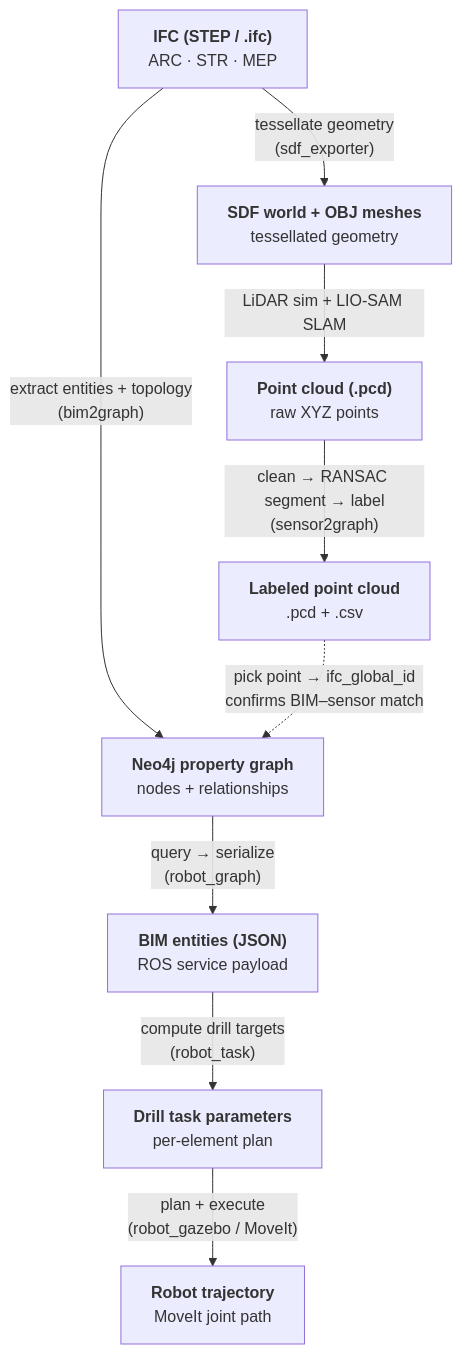
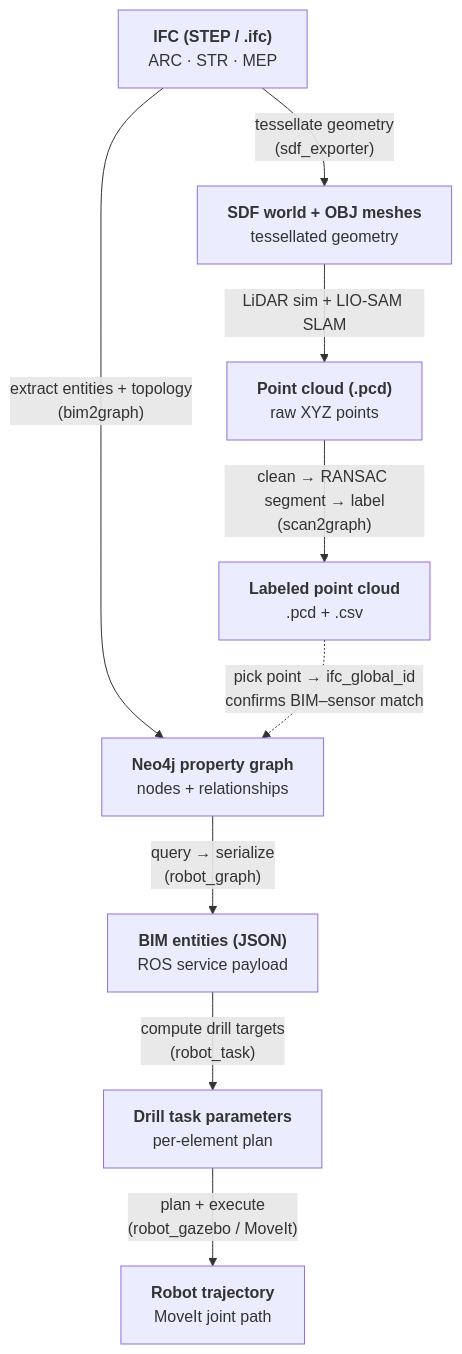
Before and after one commit to GunwoongBang/bim3dscenegraph: the diagram in docs/data-transformation.md, drawn with Mermaid. The commit also changed other lines of this file and 19 other files, not shown here.

Commit message:
sensor2graph to scan2graph

````diff
--- a/docs/data-transformation.md
+++ b/docs/data-transformation.md
@@ -8,28 +8,28 @@
 ```mermaid
 flowchart TB
     IFC["<b>IFC (STEP / .ifc)</b><br/>ARC · STR · MEP"]
 
     GRAPH["<b>Neo4j property graph</b><br/>nodes + relationships"]
 
     SDF["<b>SDF world + OBJ meshes</b><br/>tessellated geometry"]
 
     PCD["<b>Point cloud (.pcd)</b><br/>raw XYZ points"]
 
     LPCD["<b>Labeled point cloud</b><br/>.pcd + .csv"]
 
     JSON["<b>BIM entities (JSON)</b><br/>ROS service payload"]
 
     TASK["<b>Drill task parameters</b><br/>per-element plan"]
 
     TRAJ["<b>Robot trajectory</b><br/>MoveIt joint path"]
 
     IFC -->|"extract entities + topology<br/>(bim2graph)"| GRAPH
     IFC -->|"tessellate geometry<br/>(sdf_exporter)"| SDF
     SDF -->|"LiDAR sim + LIO-SAM SLAM"| PCD
-    PCD -->|"clean → RANSAC segment → label<br/>(sensor2graph)"| LPCD
+    PCD -->|"clean → RANSAC segment → label<br/>(scan2graph)"| LPCD
     LPCD -.->|"pick point → ifc_global_id<br/>confirms BIM–sensor match"| GRAPH
 
     GRAPH -->|"query → serialize<br/>(robot_graph)"| JSON
     JSON -->|"compute drill targets<br/>(robot_task)"| TASK
     TASK -->|"plan + execute<br/>(robot_gazebo / MoveIt)"| TRAJ
 ```
````
